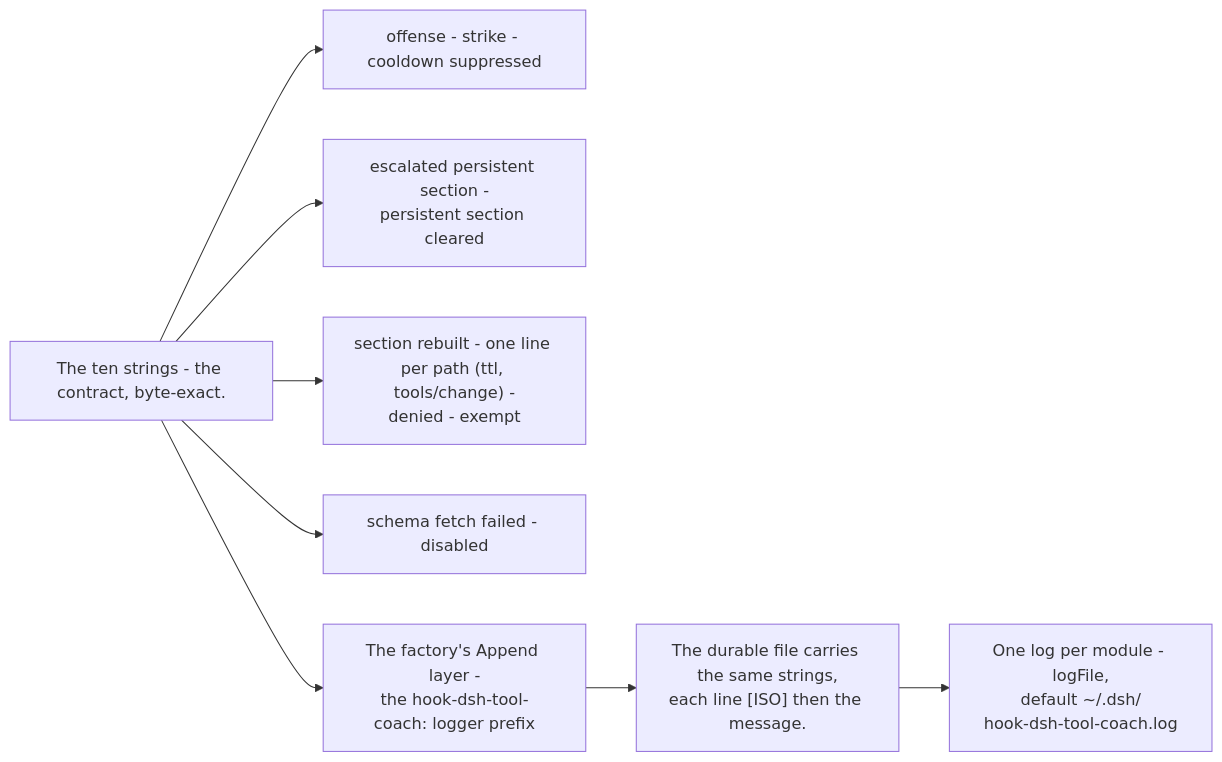
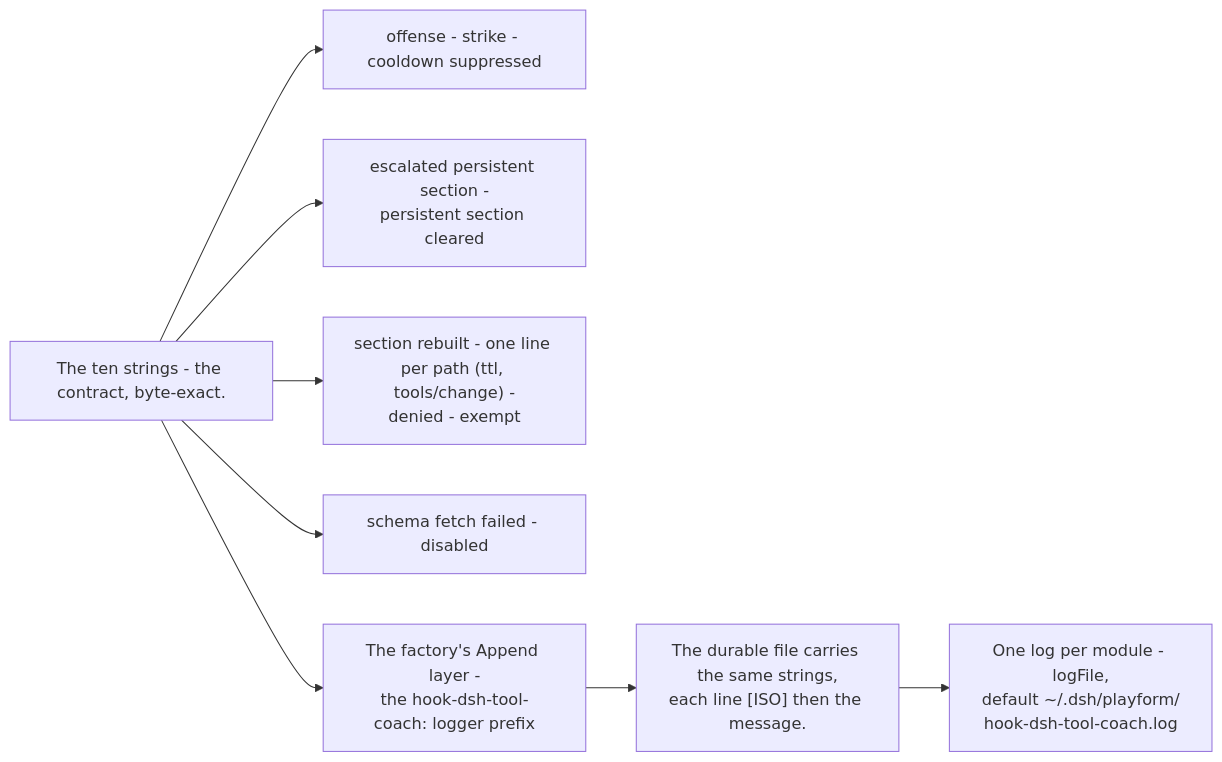
Before and after one commit to PlayForm/Site-DeepSeek: the diagram in Source/Content/Mermaid/coach-ledger-log.mmd, drawn with Mermaid. The commit also changed 77 other files, not shown here.

```diff
--- a/Source/Content/Mermaid/coach-ledger-log.mmd
+++ b/Source/Content/Mermaid/coach-ledger-log.mmd
@@ -1,16 +1,16 @@
 flowchart LR
 	TEN["The ten strings - the contract, byte-exact."]
 	S1["offense - strike - cooldown suppressed"]
 	S2["escalated persistent section -<br/>persistent section cleared"]
 	S3["section rebuilt - one line per path (ttl, tools/change) -<br/>denied - exempt"]
 	S4["schema fetch failed - disabled"]
 	APPEND["The factory's Append layer -<br/>the hook-dsh-tool-coach: logger prefix"]
 	ISO["The durable file carries the same strings,<br/>each line [ISO] then the message."]
-	LOG["One log per module - logFile,<br/>default ~/.dsh/<br/>hook-dsh-tool-coach.log"]
+	LOG["One log per module - logFile,<br/>default ~/.dsh/playform/<br/>hook-dsh-tool-coach.log"]
 	TEN --> S1
 	TEN --> S2
 	TEN --> S3
 	TEN --> S4
 	TEN --> APPEND
 	APPEND --> ISO
 	ISO --> LOG
```
